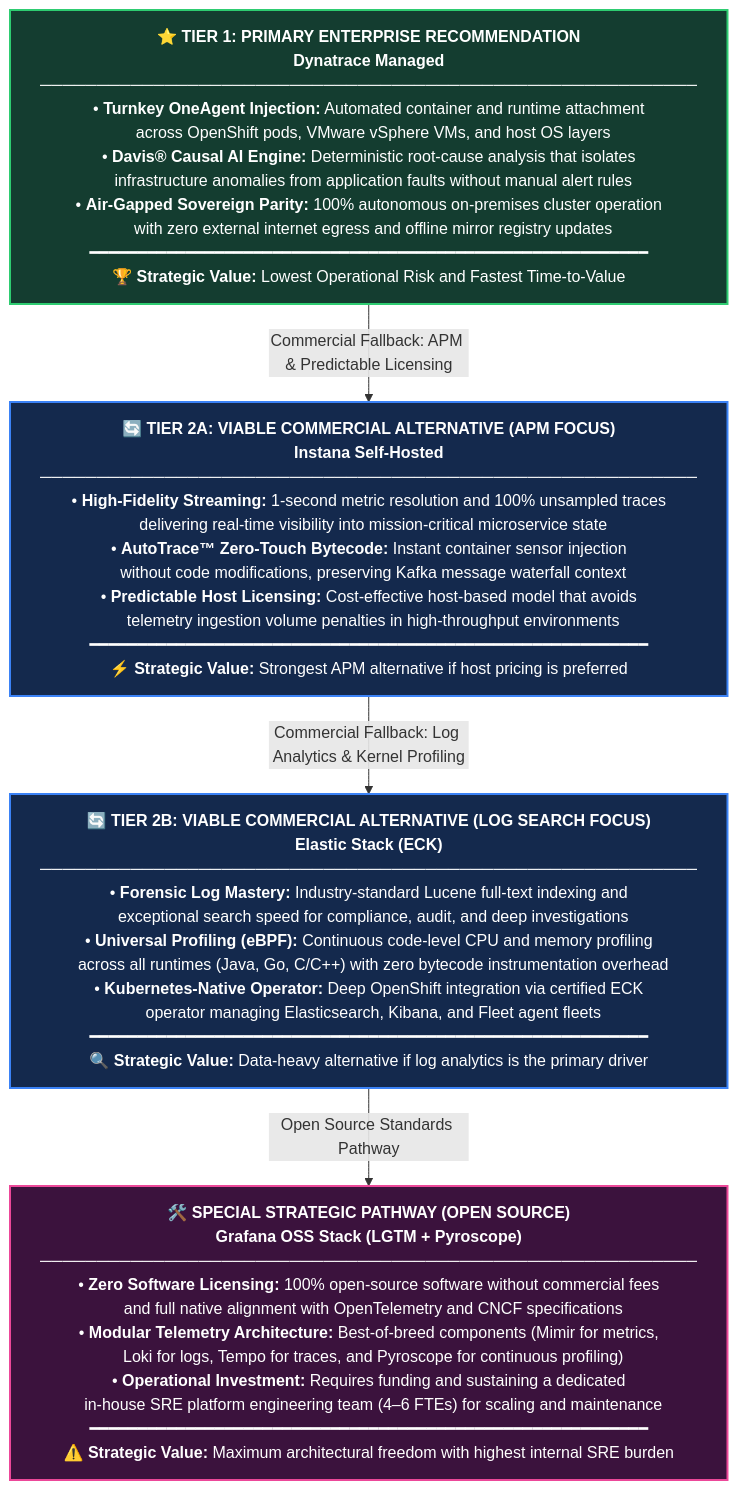
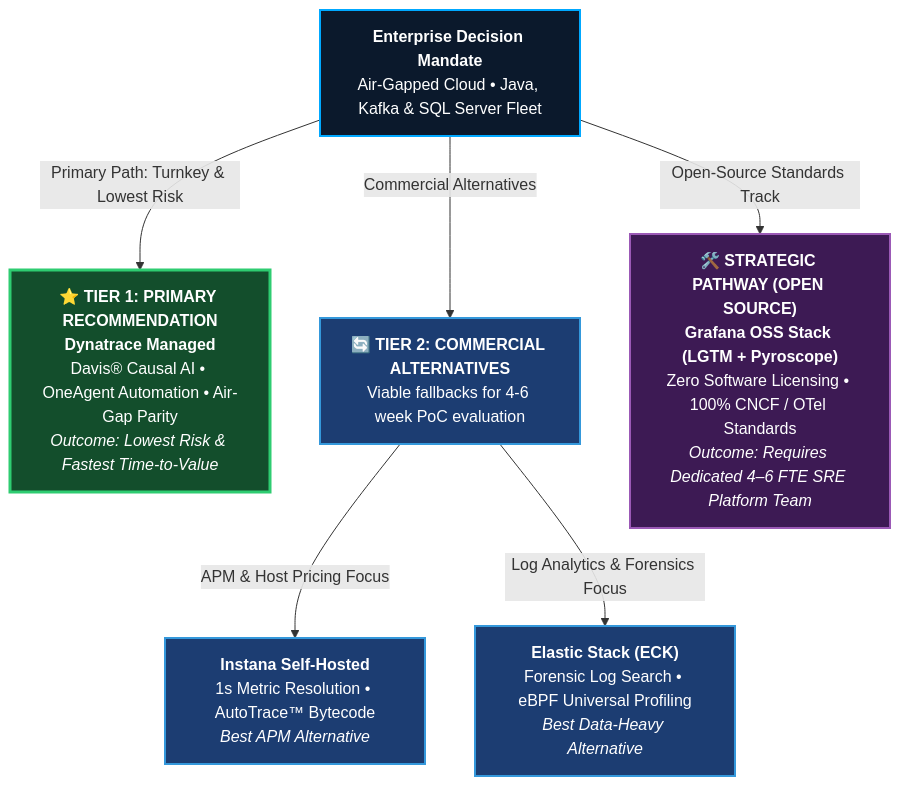
One commit to nubenetes/observability-platforms-comparison changed the sixth of 7 diagrams in README.md. Above: the diagram before and after it, drawn with Mermaid.

Commit message:
fix(docs): refactor Section 8 into clean executive decision tree diagram

````diff
--- a/README.md
+++ b/README.md
@@ -247,20 +247,26 @@
 ```mermaid
-flowchart TD
-    classDef t1 fill:#143d30,stroke:#2ecc71,stroke-width:2px,color:#fff;
-    classDef t2 fill:#14294d,stroke:#3b82f6,stroke-width:2px,color:#fff;
-    classDef toss fill:#3b123d,stroke:#ec4899,stroke-width:2px,color:#fff;
+graph TD
+    classDef mandateNode fill:#0b192c,stroke:#00a8ff,stroke-width:2px,color:#ffffff;
+    classDef tier1 fill:#134e2c,stroke:#2ecc71,stroke-width:3px,color:#ffffff;
+    classDef tier2 fill:#1c3d72,stroke:#3498db,stroke-width:2px,color:#ffffff;
+    classDef oss fill:#3d1a54,stroke:#9b59b6,stroke-width:2px,color:#ffffff;
 
-    T1["⭐ <b>TIER 1: PRIMARY ENTERPRISE RECOMMENDATION</b><br/><b>Dynatrace Managed</b><br/>──────────────────────────────────────────────────────────<br/>• <b>Turnkey OneAgent Injection:</b> Automated container and runtime attachment<br/>&nbsp;&nbsp;across OpenShift pods, VMware vSphere VMs, and host OS layers<br/>• <b>Davis® Causal AI Engine:</b> Deterministic root-cause analysis that isolates<br/>&nbsp;&nbsp;infrastructure anomalies from application faults without manual alert rules<br/>• <b>Air-Gapped Sovereign Parity:</b> 100% autonomous on-premises cluster operation<br/>&nbsp;&nbsp;with zero external internet egress and offline mirror registry updates<br/>━━━━━━━━━━━━━━━━━━━━━━━━━━━━━━━━━━━━━━━━━━━━━━━━━━━━━━━━━━<br/>🏆 <b>Strategic Value:</b> Lowest Operational Risk and Fastest Time-to-Value"]:::t1
+    M["<b>Enterprise Decision Mandate</b><br/>Air-Gapped Cloud • Java, Kafka & SQL Server Fleet"]:::mandateNode
 
-    T1 -->|Commercial Fallback: APM & Predictable Licensing| T2A
+    T1["⭐ <b>TIER 1: PRIMARY RECOMMENDATION</b><br/><b>Dynatrace Managed</b><br/>Davis® Causal AI • OneAgent Automation • Air-Gap Parity<br/><i>Outcome: Lowest Risk & Fastest Time-to-Value</i>"]:::tier1
 
-    T2A["🔄 <b>TIER 2A: VIABLE COMMERCIAL ALTERNATIVE (APM FOCUS)</b><br/><b>Instana Self-Hosted</b><br/>──────────────────────────────────────────────────────────<br/>• <b>High-Fidelity Streaming:</b> 1-second metric resolution and 100% unsampled traces<br/>&nbsp;&nbsp;delivering real-time visibility into mission-critical microservice state<br/>• <b>AutoTrace™ Zero-Touch Bytecode:</b> Instant container sensor injection<br/>&nbsp;&nbsp;without code modifications, preserving Kafka message waterfall context<br/>• <b>Predictable Host Licensing:</b> Cost-effective host-based model that avoids<br/>&nbsp;&nbsp;telemetry ingestion volume penalties in high-throughput environments<br/>━━━━━━━━━━━━━━━━━━━━━━━━━━━━━━━━━━━━━━━━━━━━━━━━━━━━━━━━━━<br/>⚡ <b>Strategic Value:</b> Strongest APM alternative if host pricing is preferred"]:::t2
+    T2["🔄 <b>TIER 2: COMMERCIAL ALTERNATIVES</b><br/>Viable fallbacks for 4-6 week PoC evaluation"]:::tier2
 
-    T2A -->|Commercial Fallback: Log Analytics & Kernel Profiling| T2B
+    T2A["<b>Instana Self-Hosted</b><br/>1s Metric Resolution • AutoTrace™ Bytecode<br/><i>Best APM Alternative</i>"]:::tier2
 
-    T2B["🔄 <b>TIER 2B: VIABLE COMMERCIAL ALTERNATIVE (LOG SEARCH FOCUS)</b><br/><b>Elastic Stack (ECK)</b><br/>──────────────────────────────────────────────────────────<br/>• <b>Forensic Log Mastery:</b> Industry-standard Lucene full-text indexing and<br/>&nbsp;&nbsp;exceptional search speed for compliance, audit, and deep investigations<br/>• <b>Universal Profiling (eBPF):</b> Continuous code-level CPU and memory profiling<br/>&nbsp;&nbsp;across all runtimes (Java, Go, C/C++) with zero bytecode instrumentation overhead<br/>• <b>Kubernetes-Native Operator:</b> Deep OpenShift integration via certified ECK<br/>&nbsp;&nbsp;operator managing Elasticsearch, Kibana, and Fleet agent fleets<br/>━━━━━━━━━━━━━━━━━━━━━━━━━━━━━━━━━━━━━━━━━━━━━━━━━━━━━━━━━━<br/>🔍 <b>Strategic Value:</b> Data-heavy alternative if log analytics is the primary driver"]:::t2
+    T2B["<b>Elastic Stack (ECK)</b><br/>Forensic Log Search • eBPF Universal Profiling<br/><i>Best Data-Heavy Alternative</i>"]:::tier2
 
-    T2B -->|Open Source Standards Pathway| TOSS
+    TOSS["🛠️ <b>STRATEGIC PATHWAY (OPEN SOURCE)</b><br/><b>Grafana OSS Stack (LGTM + Pyroscope)</b><br/>Zero Software Licensing • 100% CNCF / OTel Standards<br/><i>Outcome: Requires Dedicated 4–6 FTE SRE Platform Team</i>"]:::oss
 
-    TOSS["🛠️ <b>SPECIAL STRATEGIC PATHWAY (OPEN SOURCE)</b><br/><b>Grafana OSS Stack (LGTM + Pyroscope)</b><br/>──────────────────────────────────────────────────────────<br/>• <b>Zero Software Licensing:</b> 100% open-source software without commercial fees<br/>&nbsp;&nbsp;and full native alignment with OpenTelemetry and CNCF specifications<br/>• <b>Modular Telemetry Architecture:</b> Best-of-breed components (Mimir for metrics,<br/>&nbsp;&nbsp;Loki for logs, Tempo for traces, and Pyroscope for continuous profiling)<br/>• <b>Operational Investment:</b> Requires funding and sustaining a dedicated<br/>&nbsp;&nbsp;in-house SRE platform engineering team (4–6 FTEs) for scaling and maintenance<br/>━━━━━━━━━━━━━━━━━━━━━━━━━━━━━━━━━━━━━━━━━━━━━━━━━━━━━━━━━━<br/>⚠️ <b>Strategic Value:</b> Maximum architectural freedom with highest internal SRE burden"]:::toss
+    M -->|Primary Path: Turnkey & Lowest Risk| T1
+    M -->|Commercial Alternatives| T2
+    M -->|Open-Source Standards Track| TOSS
+
+    T2 -->|APM & Host Pricing Focus| T2A
+    T2 -->|Log Analytics & Forensics Focus| T2B
 ```
````
